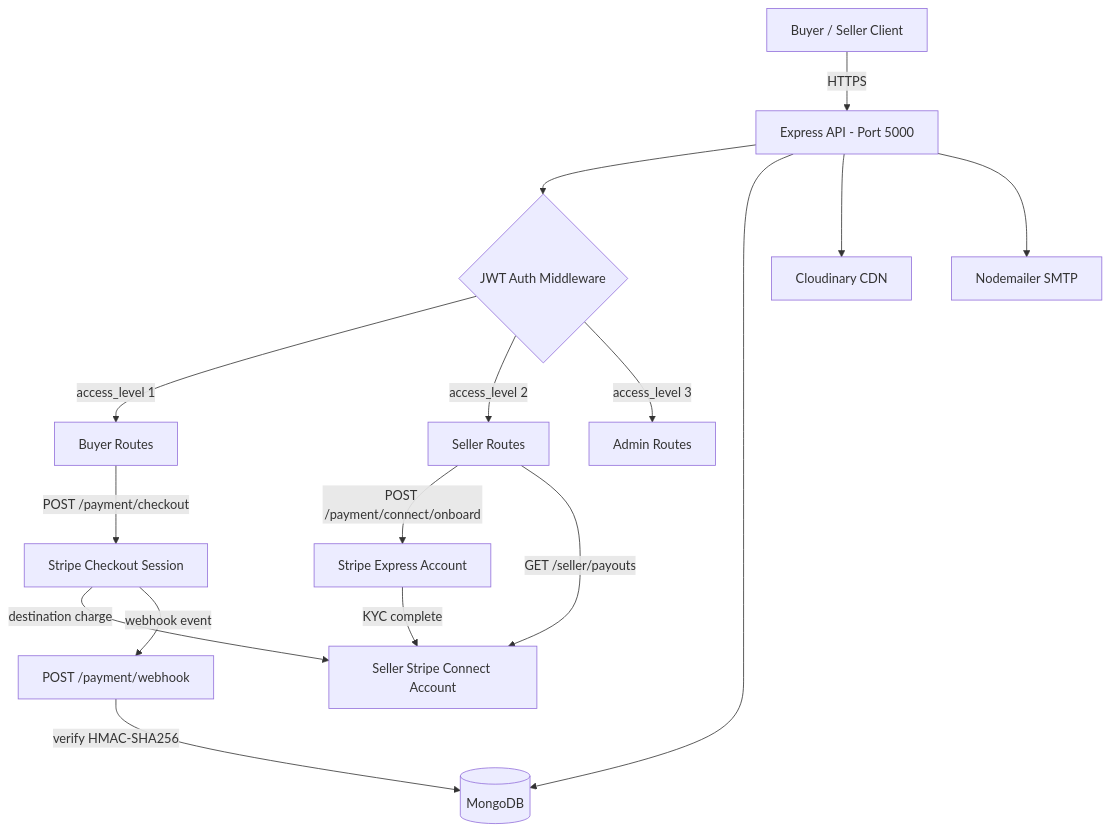
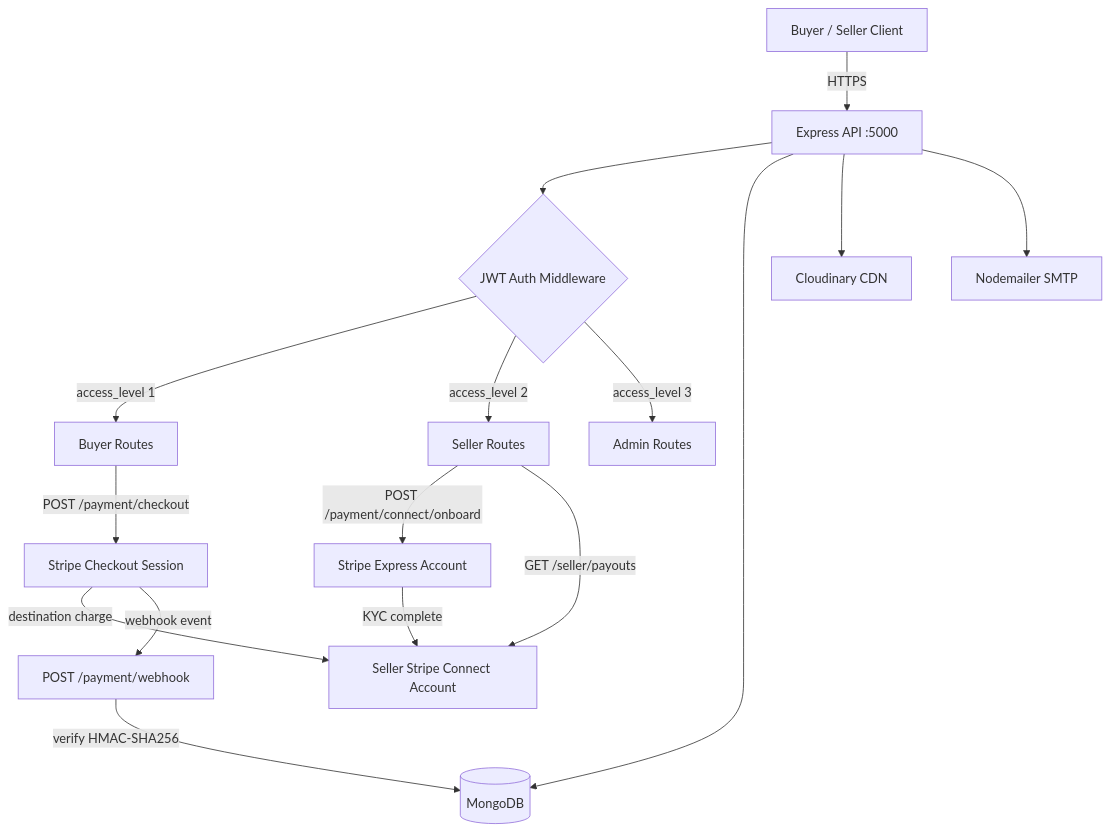
One commit to Olayanju-1234/Ecommerce-theta changed the first of 3 diagrams in README.md. Above: the diagram before and after it, drawn with Mermaid. The commit also changed other lines of this file, not shown here.

````diff
--- a/README.md
+++ b/README.md
@@ -179,21 +21,21 @@
 ```mermaid
 graph TD
-    A[Buyer / Seller Client] -->|HTTPS| B[Express API - Port 5000]
+    A[Buyer / Seller Client] -->|HTTPS| B[Express API :5000]
     B --> C{JWT Auth Middleware}
     C -->|access_level 1| D[Buyer Routes]
     C -->|access_level 2| E[Seller Routes]
     C -->|access_level 3| F[Admin Routes]
 
     D -->|POST /payment/checkout| G[Stripe Checkout Session]
     G -->|destination charge| H[Seller Stripe Connect Account]
     G -->|webhook event| I[POST /payment/webhook]
     I -->|verify HMAC-SHA256| J[(MongoDB)]
 
     E -->|POST /payment/connect/onboard| K[Stripe Express Account]
     K -->|KYC complete| H
     E -->|GET /seller/payouts| H
 
     B --> J
     B --> L[Cloudinary CDN]
     B --> M[Nodemailer SMTP]
 ```
````
